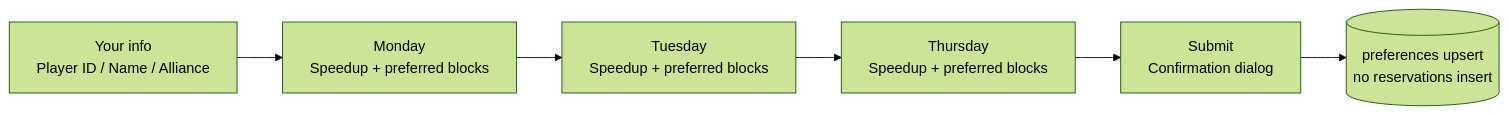
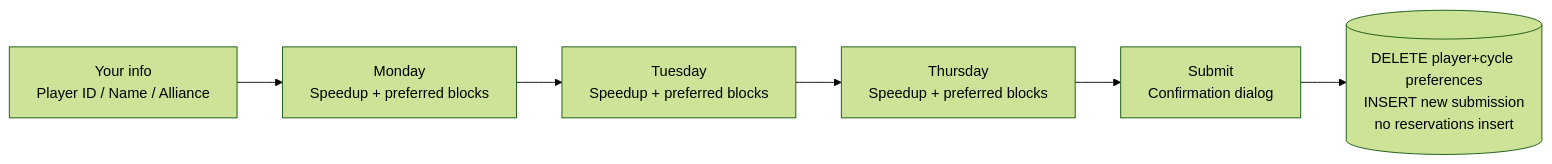
One commit to SxxM131/wos1234 changed the fourth of 8 diagrams in docs/RESERVATION_SYSTEM_EN.md. Above: the diagram before and after it, drawn with Mermaid (forest theme). The commit also changed other lines of this file and 7 other files, not shown here.

````diff
--- a/docs/RESERVATION_SYSTEM_EN.md
+++ b/docs/RESERVATION_SYSTEM_EN.md
@@ -270,8 +270,8 @@
 ```mermaid
 flowchart LR
   A[Your info\nPlayer ID / Name / Alliance] --> B[Monday\nSpeedup + preferred blocks]
   B --> C[Tuesday\nSpeedup + preferred blocks]
   C --> D[Thursday\nSpeedup + preferred blocks]
   D --> E[Submit\nConfirmation dialog]
-  E --> F[(preferences upsert\nno reservations insert)]
+  E --> F[(DELETE player+cycle preferences\nINSERT new submission\nno reservations insert)]
 ```
````
